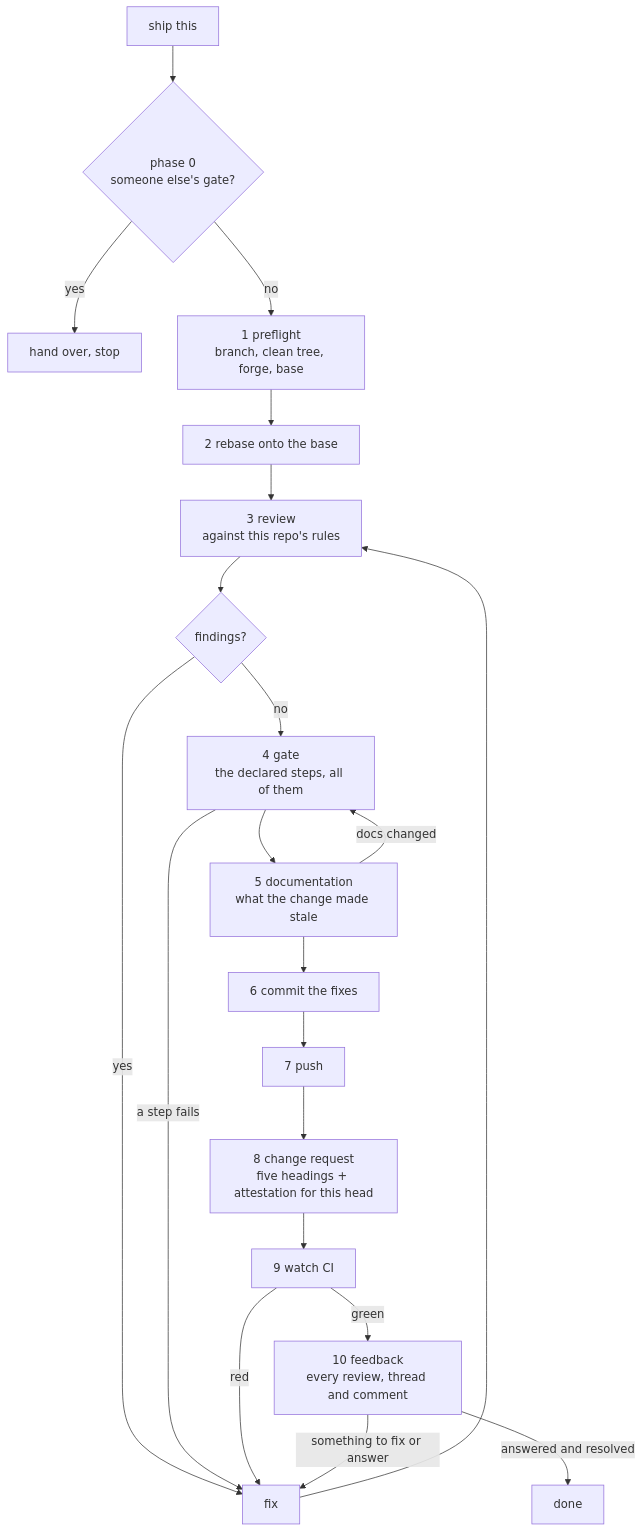
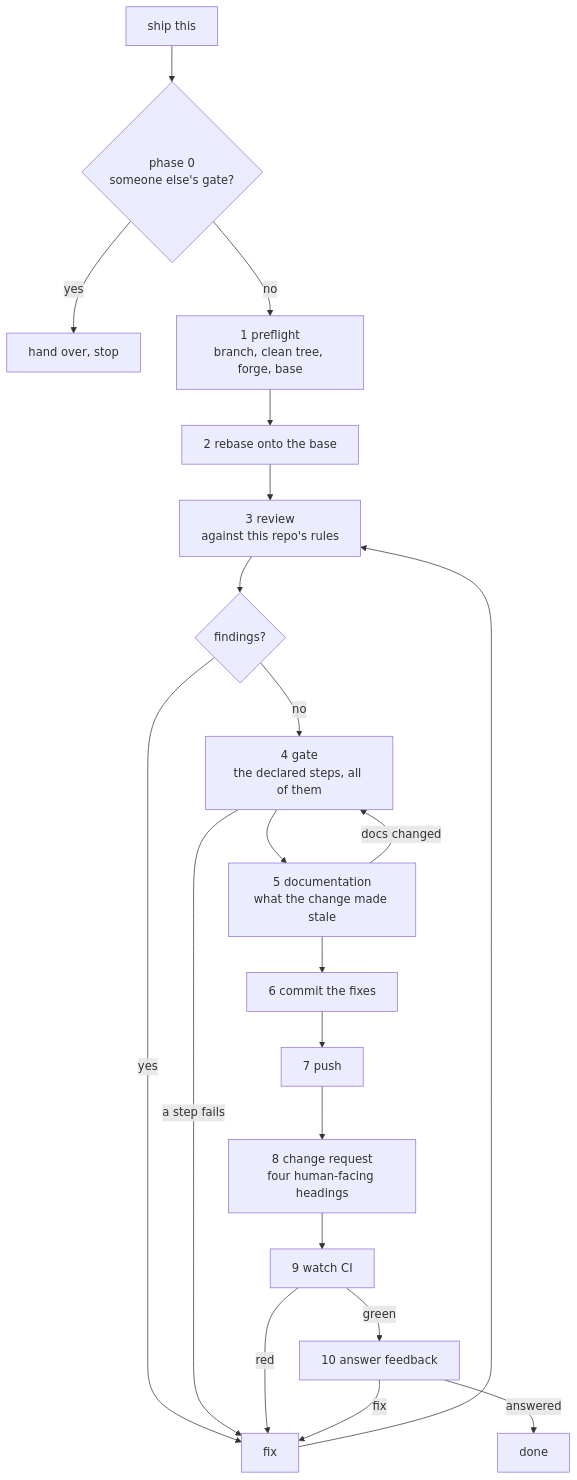
The diagram in README.md (LeTuR/publish), drawn with Mermaid before and after one commit. The commit also changed other lines of this file and 17 other files, not shown here.

````diff
--- a/README.md
+++ b/README.md
@@ -47,22 +45,22 @@
 ```mermaid
 flowchart TD
     A["ship this"] --> B{"phase 0<br/>someone else's gate?"}
     B -->|yes| Z["hand over, stop"]
     B -->|no| C["1 preflight<br/>branch, clean tree, forge, base"]
     C --> D["2 rebase onto the base"]
     D --> E["3 review<br/>against this repo's rules"]
     E --> F{"findings?"}
     F -->|yes| G["fix"] --> E
     F -->|no| H["4 gate<br/>the declared steps, all of them"]
     H -->|a step fails| G
     H --> D5["5 documentation<br/>what the change made stale"]
     D5 -->|docs changed| H
     D5 --> I["6 commit the fixes"]
     I --> J["7 push"]
-    J --> K["8 change request<br/>five headings + attestation for this head"]
+    J --> K["8 change request<br/>four human-facing headings"]
     K --> L["9 watch CI"]
     L -->|red| G
-    L -->|green| N["10 feedback<br/>every review, thread and comment"]
-    N -->|something to fix or answer| G
-    N -->|answered and resolved| M["done"]
+    L -->|green| Q["10 answer feedback"]
+    Q -->|fix| G
+    Q -->|answered| M["done"]
 ```
````
